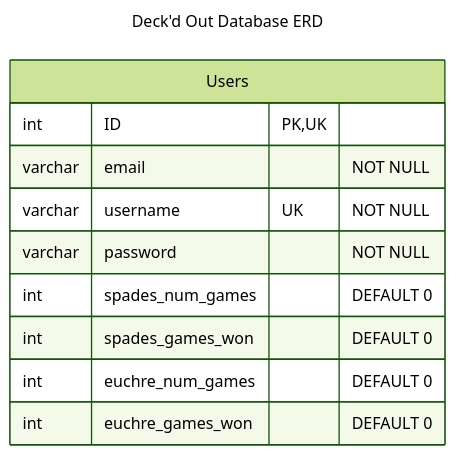
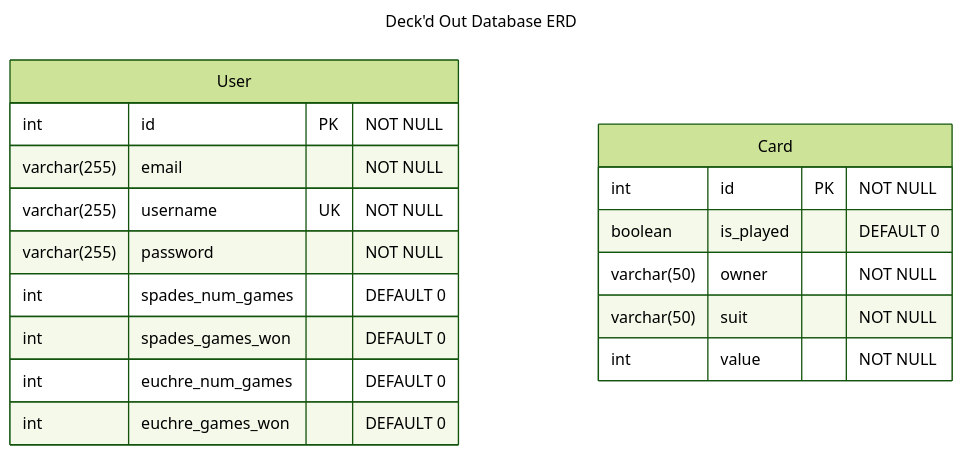
One commit to NellyBoi18/Deckd-Out changed the first of 6 diagrams in README.md. Above: the diagram before and after it, drawn with Mermaid (forest theme). The commit also changed other lines of this file, not shown here.

Commit message:
Update DB ERD

````diff
--- a/README.md
+++ b/README.md
@@ -220,17 +220,25 @@
 ```mermaid
 ---
 title: Deck'd Out Database ERD
 ---
 erDiagram
-    Users {
-        int ID PK, UK
-        varchar email "NOT NULL"
-        varchar username UK "NOT NULL"
-        varchar password "NOT NULL"
+    User {
+        int id PK "NOT NULL"
+        varchar(255) email "NOT NULL"
+        varchar(255) username UK "NOT NULL"
+        varchar(255) password "NOT NULL"
         int spades_num_games "DEFAULT 0"
         int spades_games_won "DEFAULT 0"
         int euchre_num_games "DEFAULT 0"
         int euchre_games_won "DEFAULT 0"
     }
 
+    Card {
+        int id PK "NOT NULL"
+        boolean is_played "DEFAULT 0"
+        varchar(50) owner "NOT NULL"
+        varchar(50) suit "NOT NULL"
+        int value "NOT NULL"
+    }
+
 ```
````
